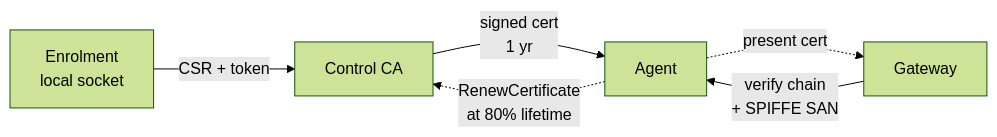
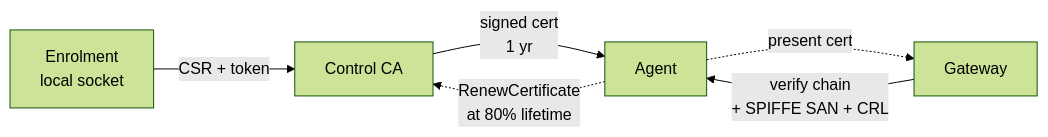
The diagram in content/04-security/02-mtls.md (manchtools/power-manage-docs), drawn with Mermaid (forest theme) before and after one commit. The commit also changed other lines of this file and 57 other files, not shown here.

````diff
--- a/content/04-security/02-mtls.md
+++ b/content/04-security/02-mtls.md
@@ -8,8 +14,8 @@
 ```mermaid
 flowchart LR
     Enrol[Enrolment<br/>local socket] -->|CSR + token| Control[Control CA]
     Control -->|signed cert<br/>1 yr| Agent
     Agent -.->|present cert| Gateway
-    Gateway -->|verify chain<br/>+ SPIFFE SAN| Agent
+    Gateway -->|verify chain<br/>+ SPIFFE SAN + CRL| Agent
     Agent -.->|RenewCertificate<br/>at 80% lifetime| Control
 ```
````
